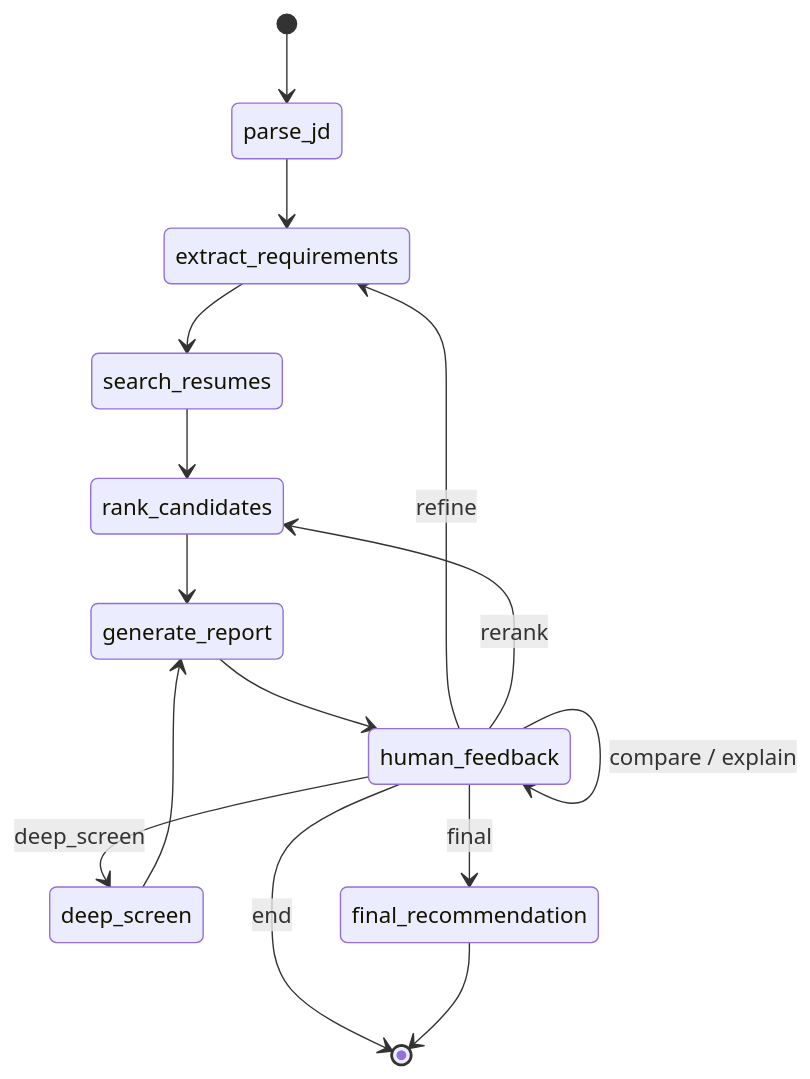
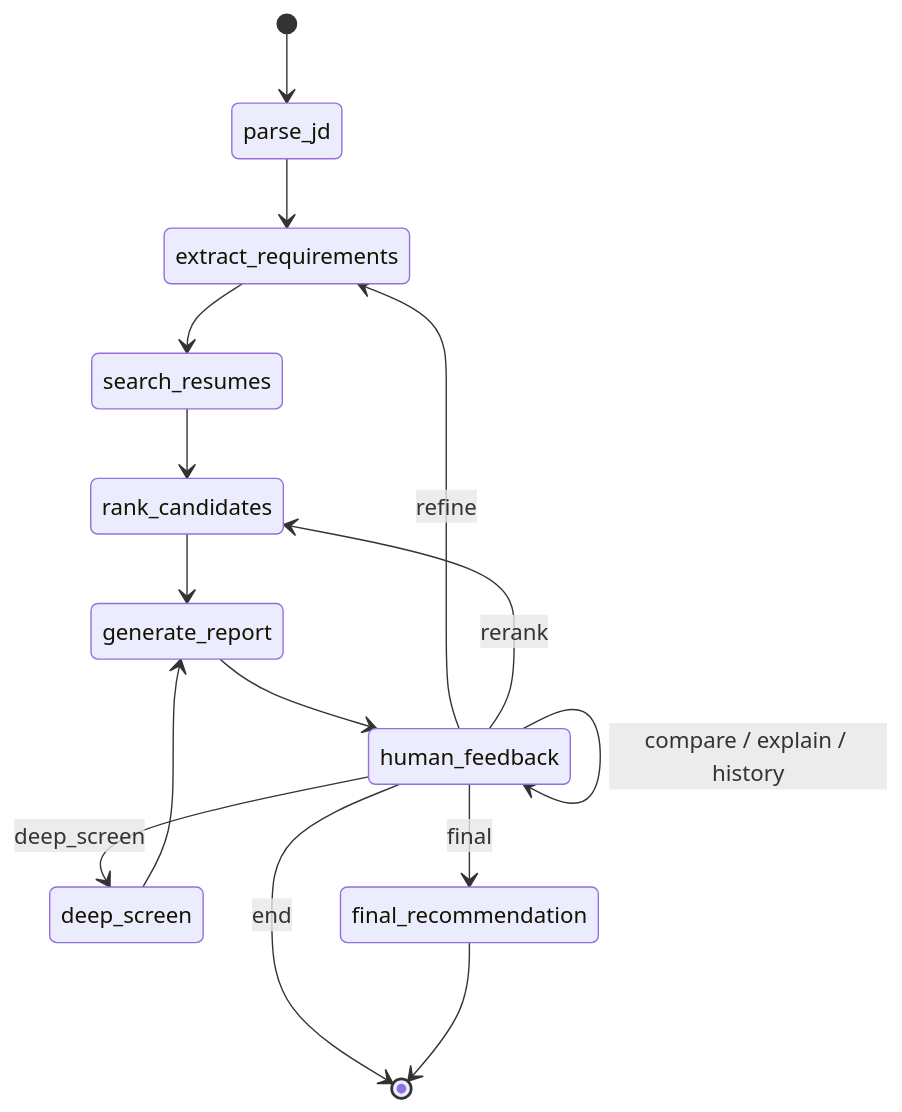
Before and after one commit to sawadkk/agentic-profile-matching: the diagram in DEMO.md, drawn with Mermaid. The commit also changed other lines of this file and 19 other files, not shown here.

````diff
--- a/DEMO.md
+++ b/DEMO.md
@@ -14,19 +14,19 @@
 ```mermaid
 stateDiagram-v2
     [*] --> parse_jd
     parse_jd --> extract_requirements
     extract_requirements --> search_resumes
     search_resumes --> rank_candidates
     rank_candidates --> generate_report
     generate_report --> human_feedback
 
     human_feedback --> extract_requirements: refine
     human_feedback --> rank_candidates: rerank
     human_feedback --> deep_screen: deep_screen
     human_feedback --> final_recommendation: final
-    human_feedback --> human_feedback: compare / explain
+    human_feedback --> human_feedback: compare / explain / history
     human_feedback --> [*]: end
 
     deep_screen --> generate_report
     final_recommendation --> [*]
 ```
````
